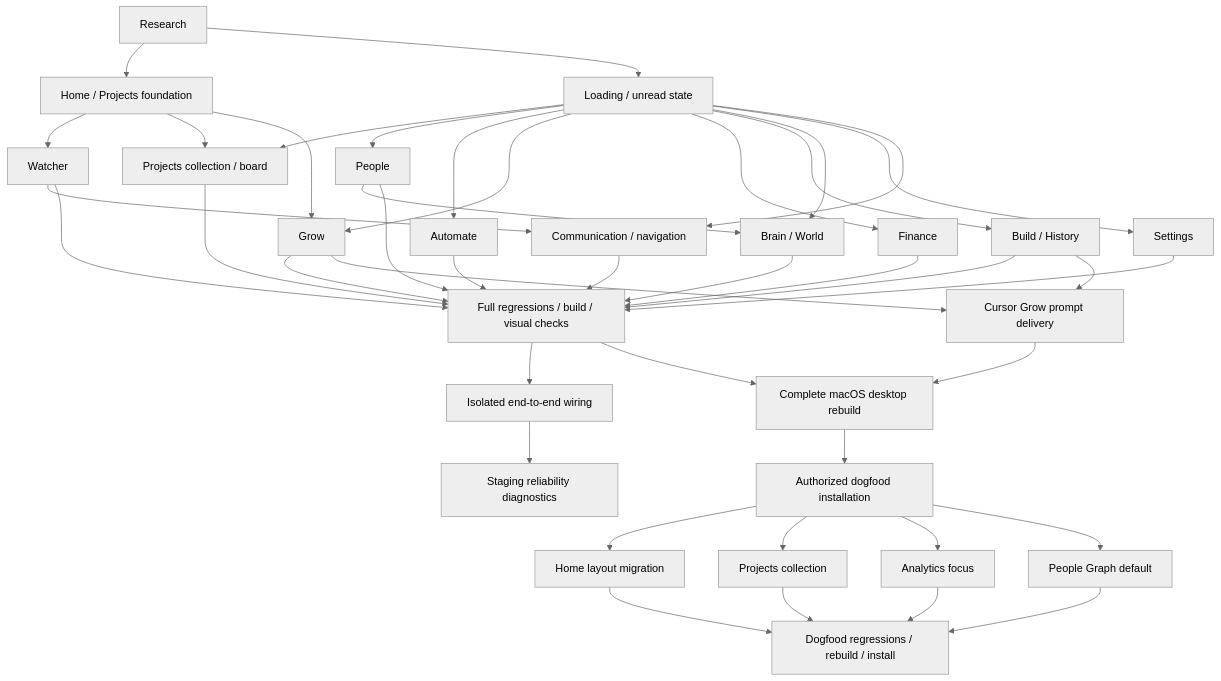
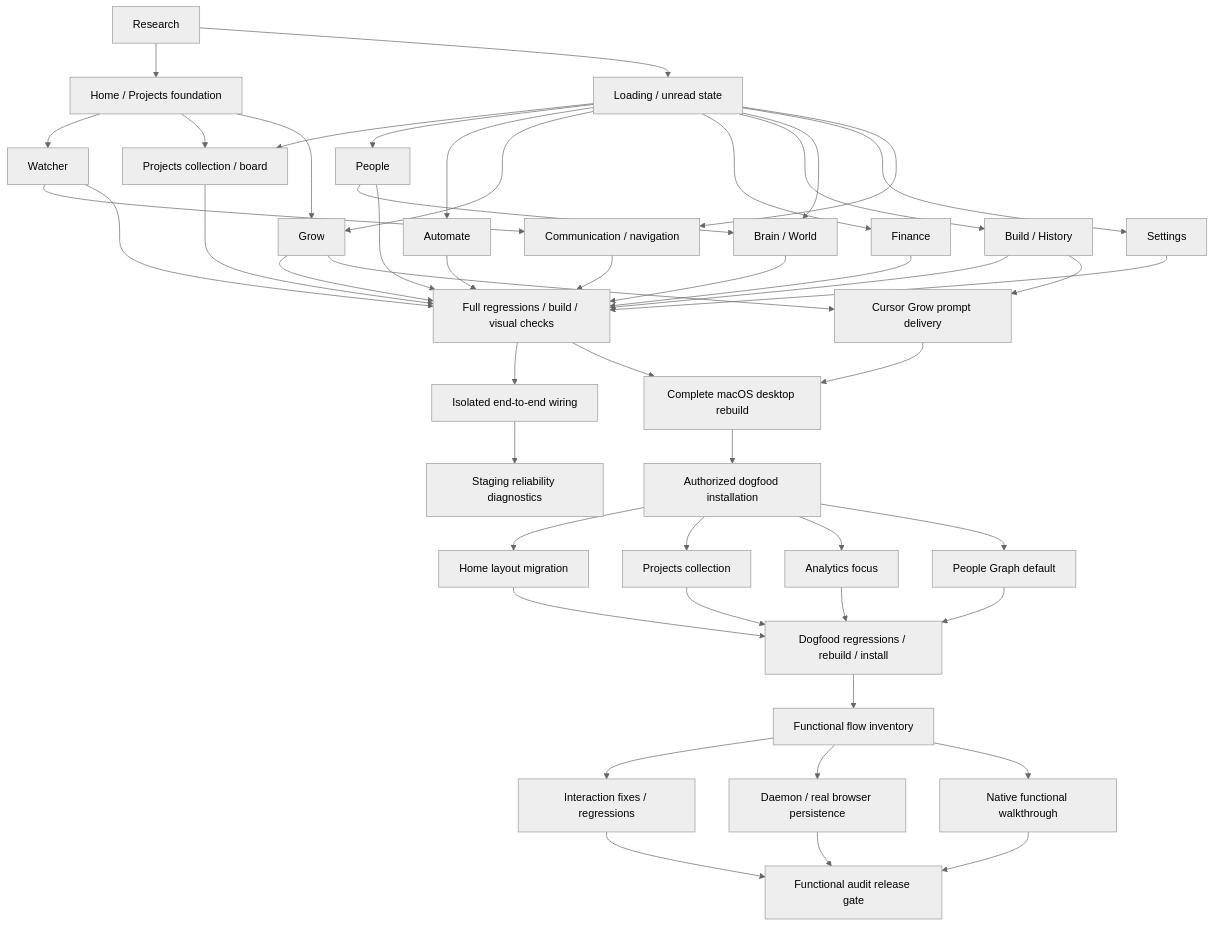
One commit to make-tuned-unit/permagent-runtime changed the diagram in reports/ux-dag/README.md. Above: the diagram before and after it, drawn with Mermaid (neutral theme). The commit also changed 5 other files, not shown here.

Commit message:
Record functional audit verification and installed dogfood update

````diff
--- a/reports/ux-dag/README.md
+++ b/reports/ux-dag/README.md
@@ -5,30 +5,35 @@
 ```mermaid
 flowchart TD
  D00[Research] --> D01[Home / Projects foundation]
  D00 --> D02[Loading / unread state]
  D01 --> D03[Watcher]
  D01 --> D04[Projects collection / board]
  D02 --> D04
  D02 --> D05[People]
  D02 --> D06[Automate]
  D01 --> D07[Grow]
  D02 --> D07
  D02 --> D08[Finance]
  D02 --> D09[Build / History]
  D05 --> D10[Brain / World]
  D02 --> D10
  D02 --> D11[Settings]
  D03 --> D12[Communication / navigation]
  D02 --> D12
  D03 & D04 & D05 & D06 & D07 & D08 & D09 & D10 & D11 & D12 --> D13[Full regressions / build / visual checks]
  D13 --> D14[Isolated end-to-end wiring]
  D14 --> D15[Staging reliability diagnostics]
  D07 & D09 --> D16[Cursor Grow prompt delivery]
  D13 & D16 --> D17[Complete macOS desktop rebuild]
  D17 --> D18[Authorized dogfood installation]
  D18 --> D19[Home layout migration]
  D18 --> D20[Projects collection]
  D18 --> D21[Analytics focus]
  D18 --> D22[People Graph default]
  D19 & D20 & D21 & D22 --> D23[Dogfood regressions / rebuild / install]
+ D23 --> D24[Functional flow inventory]
+ D24 --> D25[Interaction fixes / regressions]
+ D24 --> D26[Daemon / real browser persistence]
+ D24 --> D27[Native functional walkthrough]
+ D25 & D26 & D27 --> D28[Functional audit release gate]
 ```
````
